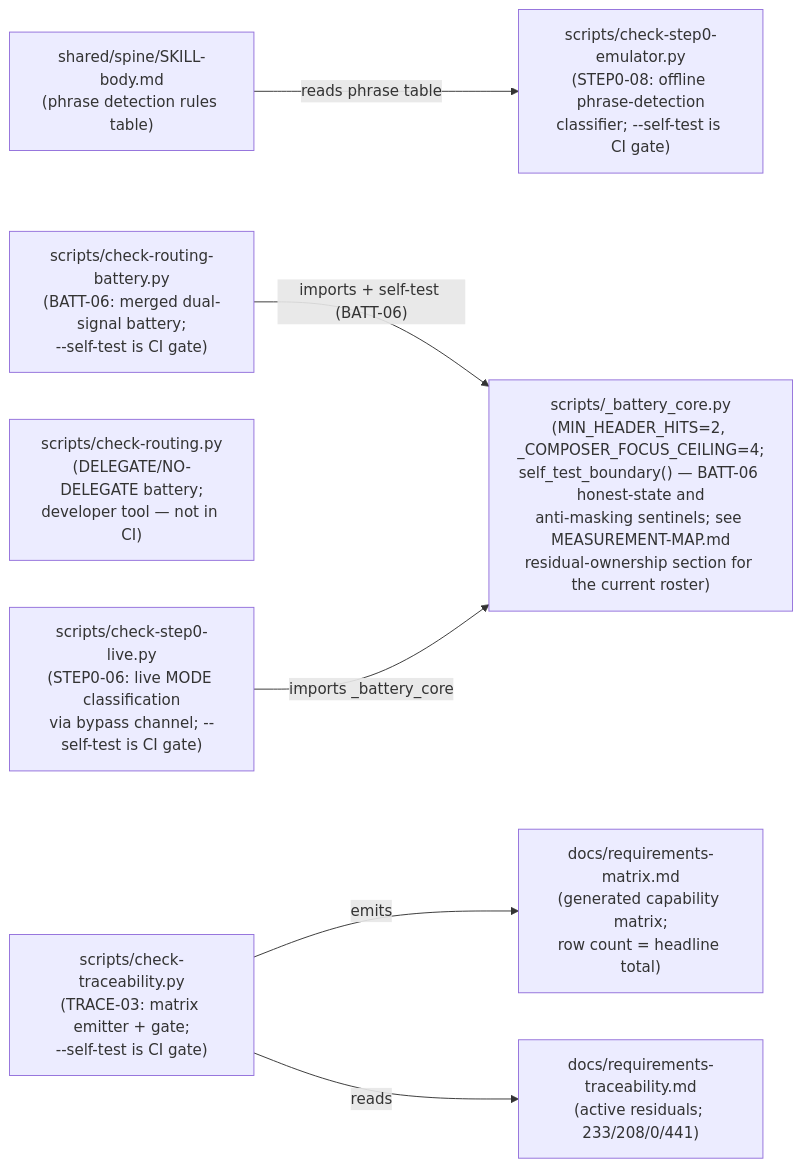
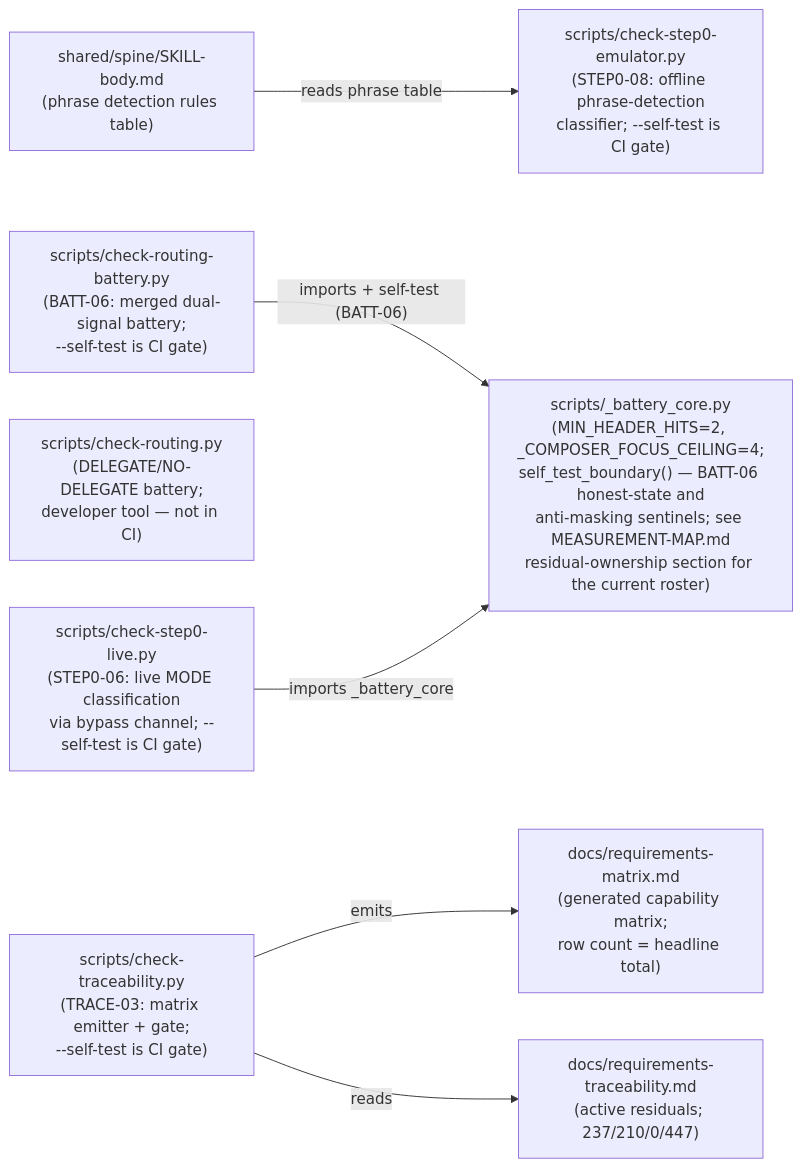
The second of 2 diagrams in docs/COMPONENT-DIAGRAM.md (chrisdavidson/first-principles-skill), drawn with Mermaid before and after one commit. The commit also changed 44 other files, not shown here.

````diff
--- a/docs/COMPONENT-DIAGRAM.md
+++ b/docs/COMPONENT-DIAGRAM.md
@@ -84,24 +84,24 @@
 ```mermaid
 flowchart LR
     SKILLBODY["shared/spine/SKILL-body.md\n(phrase detection rules table)"]
 
     CORE["scripts/_battery_core.py\n(MIN_HEADER_HITS=2, _COMPOSER_FOCUS_CEILING=4;\nself_test_boundary() — BATT-06 honest-state and\nanti-masking sentinels; see MEASUREMENT-MAP.md\nresidual-ownership section for the current roster)"]
 
     BATT["scripts/check-routing-battery.py\n(BATT-06: merged dual-signal battery;\n--self-test is CI gate)"]
     ROUTING["scripts/check-routing.py\n(DELEGATE/NO-DELEGATE battery;\ndeveloper tool — not in CI)"]
 
     EMU["scripts/check-step0-emulator.py\n(STEP0-08: offline phrase-detection\nclassifier; --self-test is CI gate)"]
     LIVE["scripts/check-step0-live.py\n(STEP0-06: live MODE classification\nvia bypass channel; --self-test is CI gate)"]
 
     TRACE["scripts/check-traceability.py\n(TRACE-03: matrix emitter + gate;\n--self-test is CI gate)"]
     MATRIX["docs/requirements-matrix.md\n(generated capability matrix;\nrow count = headline total)"]
-    TRACEABILITY["docs/requirements-traceability.md\n(active residuals; 233/208/0/441)"]
+    TRACEABILITY["docs/requirements-traceability.md\n(active residuals; 237/210/0/447)"]
 
     SKILLBODY -->|"reads phrase table"| EMU
 
     BATT -->|"imports + self-test (BATT-06)"| CORE
     LIVE -->|"imports _battery_core"| CORE
 
     TRACE -->|"emits"| MATRIX
     TRACE -->|"reads"| TRACEABILITY
 ```
````
